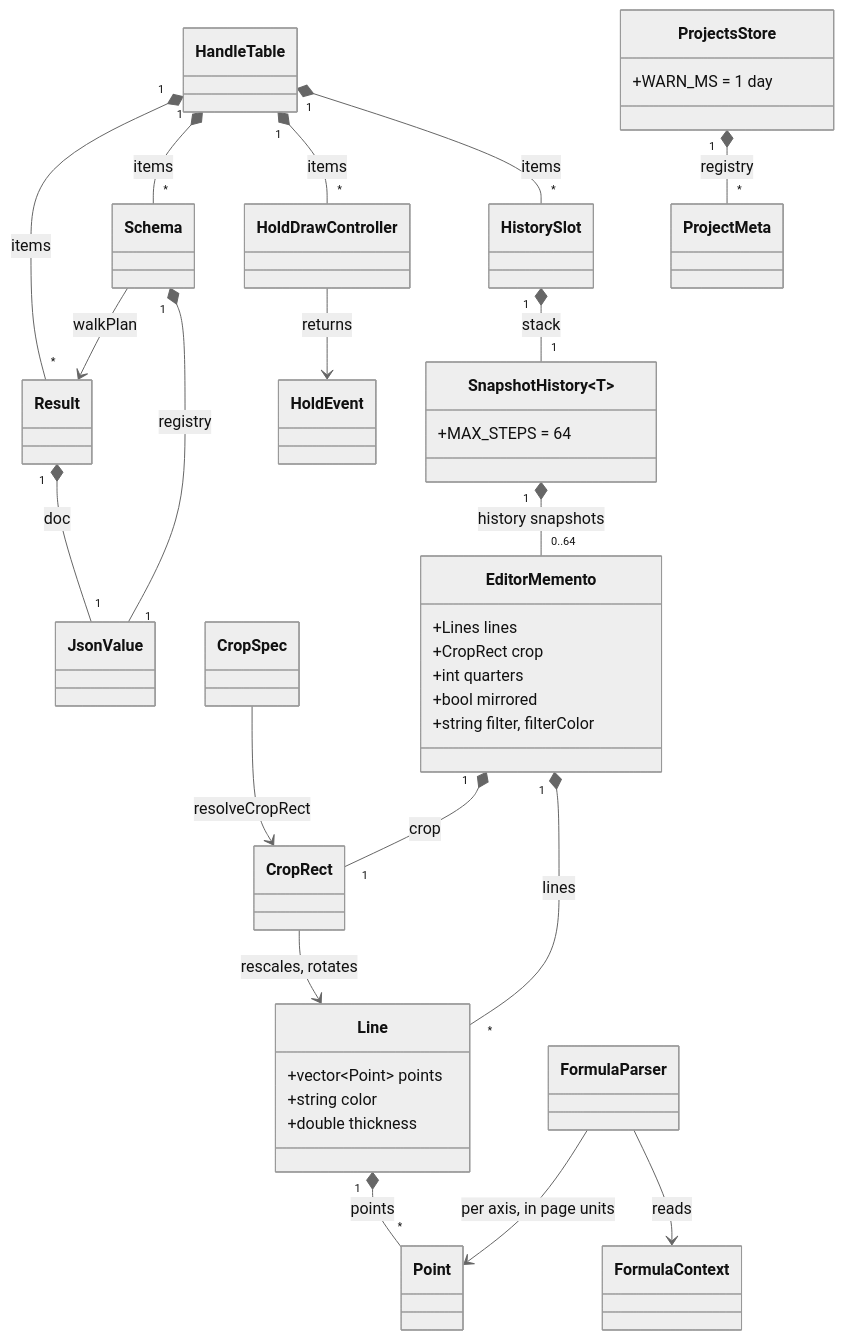
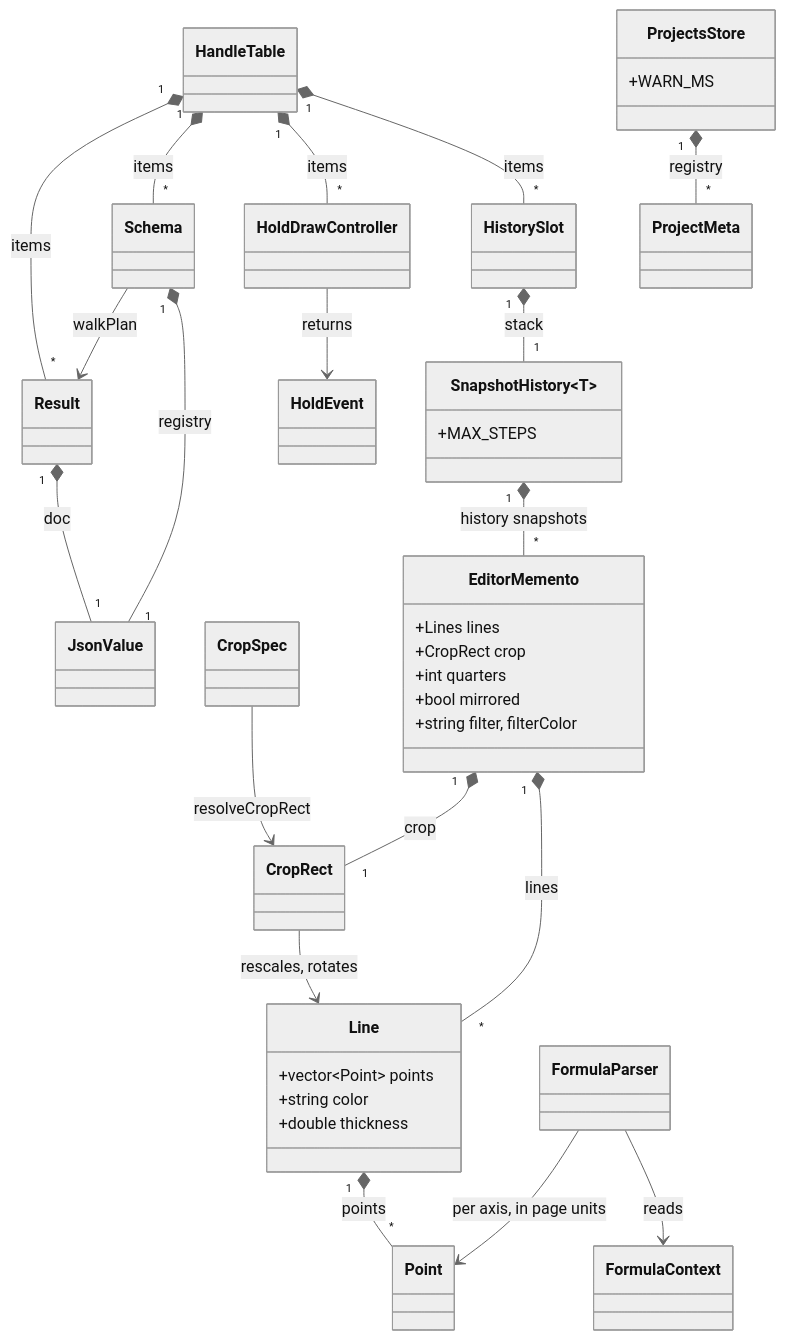
One commit to andrew1407/stencil changed the diagram in core/ARCHITECTURE.md. Above: the diagram before and after it, drawn with Mermaid (neutral theme). The commit also changed other lines of this file and 11 other files, not shown here.

Commit message:
Trim the architecture docs to design

````diff
--- a/core/ARCHITECTURE.md
+++ b/core/ARCHITECTURE.md
@@ -44,40 +41,40 @@
 ```mermaid
 classDiagram
     class Line {
         +vector~Point~ points
         +string color
         +double thickness
     }
     class SnapshotHistory~T~ {
-        +MAX_STEPS = 64
+        +MAX_STEPS
     }
     class EditorMemento {
         +Lines lines
         +CropRect crop
         +int quarters
         +bool mirrored
         +string filter, filterColor
     }
     class ProjectsStore {
-        +WARN_MS = 1 day
+        +WARN_MS
     }
 
     Line "1" *-- "*" Point : points
-    SnapshotHistory "1" *-- "0..64" EditorMemento : history snapshots
+    SnapshotHistory "1" *-- "*" EditorMemento : history snapshots
     EditorMemento "1" *-- "*" Line : lines
     EditorMemento "1" *-- "1" CropRect : crop
     HistorySlot "1" *-- "1" SnapshotHistory : stack
     HandleTable "1" *-- "*" HistorySlot : items
     HandleTable "1" *-- "*" HoldDrawController : items
     HandleTable "1" *-- "*" Schema : items
     HandleTable "1" *-- "*" Result : items
     HoldDrawController --> HoldEvent : returns
     ProjectsStore "1" *-- "*" ProjectMeta : registry
     CropSpec --> CropRect : resolveCropRect
     CropRect --> Line : rescales, rotates
     FormulaParser --> FormulaContext : reads
     FormulaParser --> Point : per axis, in page units
     Schema "1" *-- "1" JsonValue : registry
     Schema --> Result : walkPlan
     Result "1" *-- "1" JsonValue : doc
 ```
````
